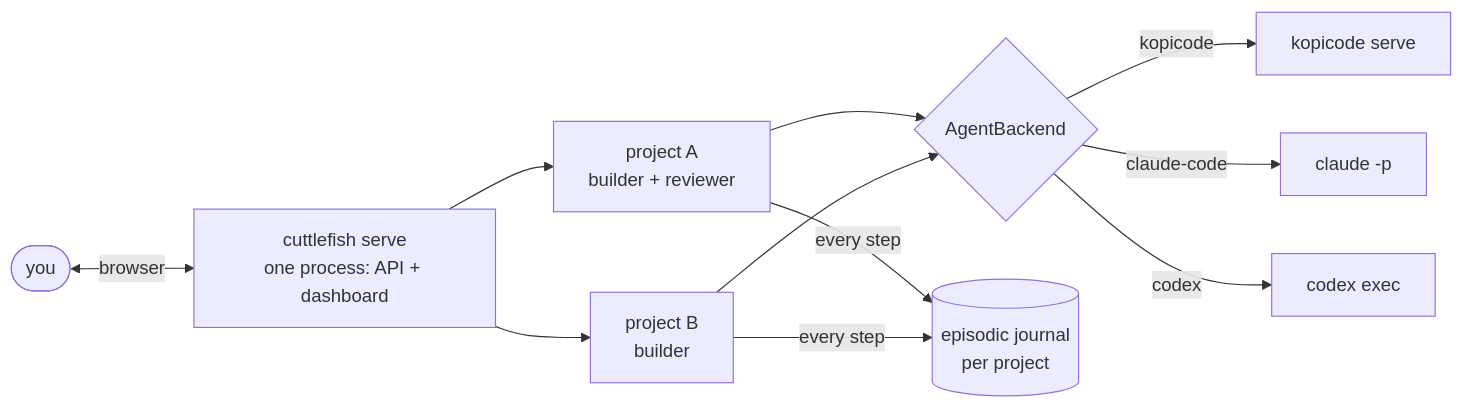
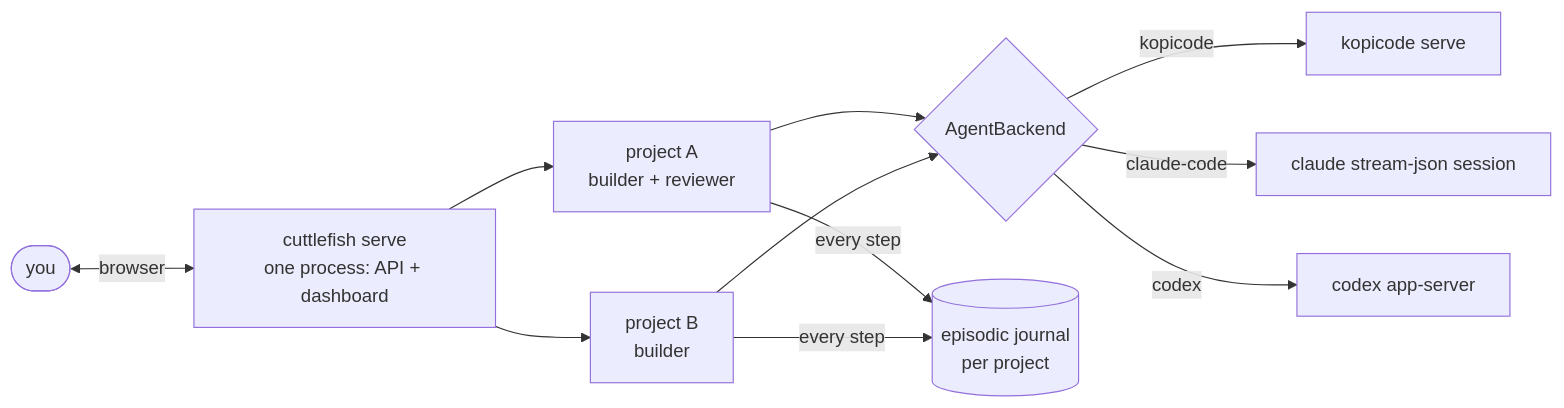
Before and after one commit to leejianrong/cuttlefish-crew: the diagram in README.md, drawn with Mermaid. The commit also changed other lines of this file and 2 other files, not shown here.

Commit message:
docs: README and architecture say Claude Code and Codex pause for you on their default transports; AGENTS.md names the board id and the real cost of make test (CUT-110)

````diff
--- a/README.md
+++ b/README.md
@@ -22,13 +22,13 @@
 ```mermaid
 flowchart LR
     You(["you"]) <-->|browser| Daemon["cuttlefish serve<br/>one process: API + dashboard"]
     Daemon --> A["project A<br/>builder + reviewer"]
     Daemon --> B["project B<br/>builder"]
     A --> Backend{AgentBackend}
     B --> Backend
     Backend -->|kopicode| K["kopicode serve"]
-    Backend -->|claude-code| C["claude -p"]
-    Backend -->|codex| X["codex exec"]
+    Backend -->|claude-code| C["claude stream-json session"]
+    Backend -->|codex| X["codex app-server"]
     A -->|every step| Journal[("episodic journal<br/>per project")]
     B -->|every step| Journal
 ```
````
